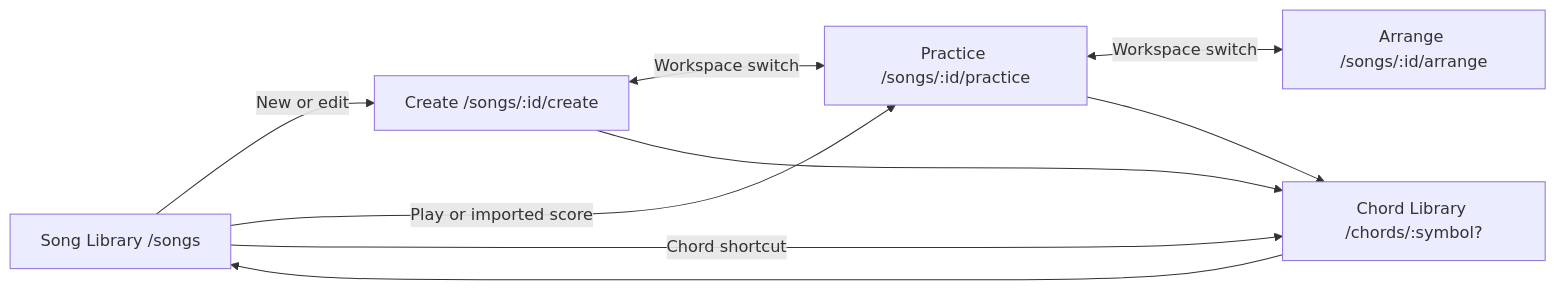
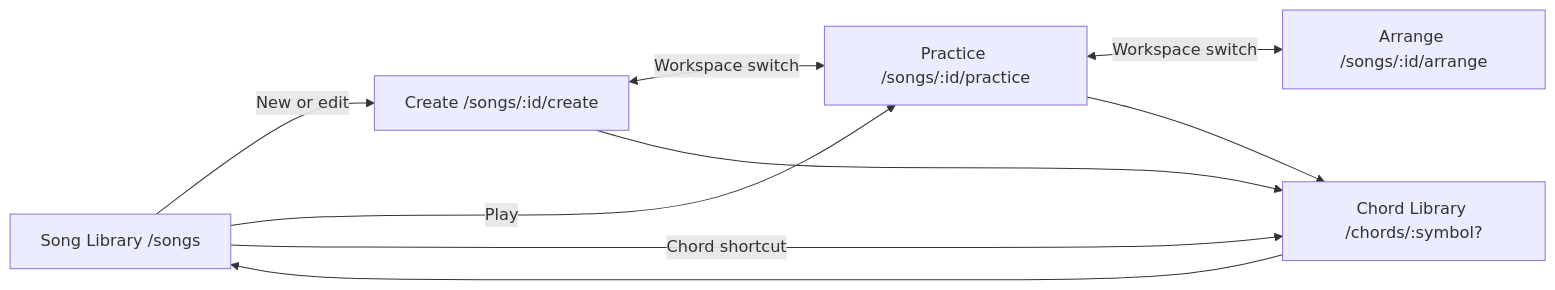
The diagram in docs/FRONTEND_ROUTING.md (karevin07/guitarflow-studio), drawn with Mermaid before and after one commit. The commit also changed other lines of this file and 63 other files, not shown here.

````diff
--- a/docs/FRONTEND_ROUTING.md
+++ b/docs/FRONTEND_ROUTING.md
@@ -34,17 +34,17 @@
 ```mermaid
 flowchart LR
     Songs[Song Library /songs]
     Create[Create /songs/:id/create]
     Practice[Practice /songs/:id/practice]
     Arrange[Arrange /songs/:id/arrange]
     Chords[Chord Library /chords/:symbol?]
 
     Songs -->|New or edit| Create
-    Songs -->|Play or imported score| Practice
+    Songs -->|Play| Practice
     Songs -->|Chord shortcut| Chords
     Create <-->|Workspace switch| Practice
     Practice <-->|Workspace switch| Arrange
     Create --> Chords
     Practice --> Chords
     Chords --> Songs
 ```
````
